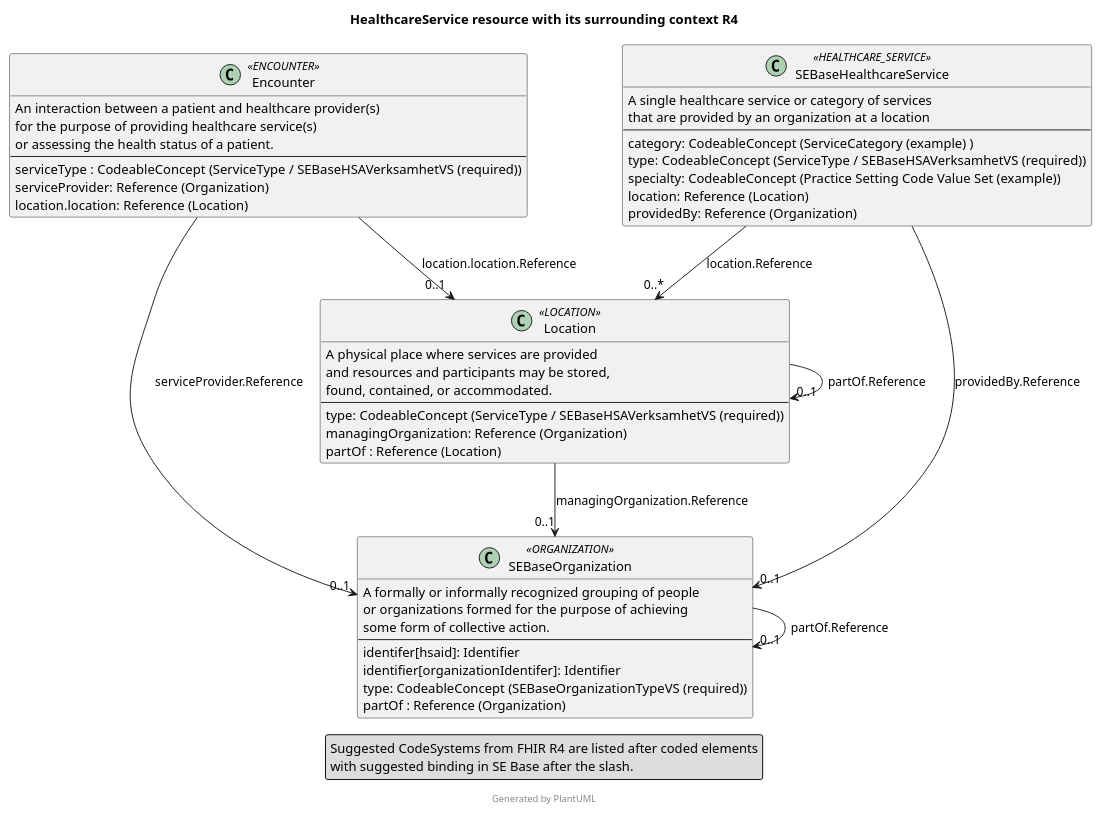
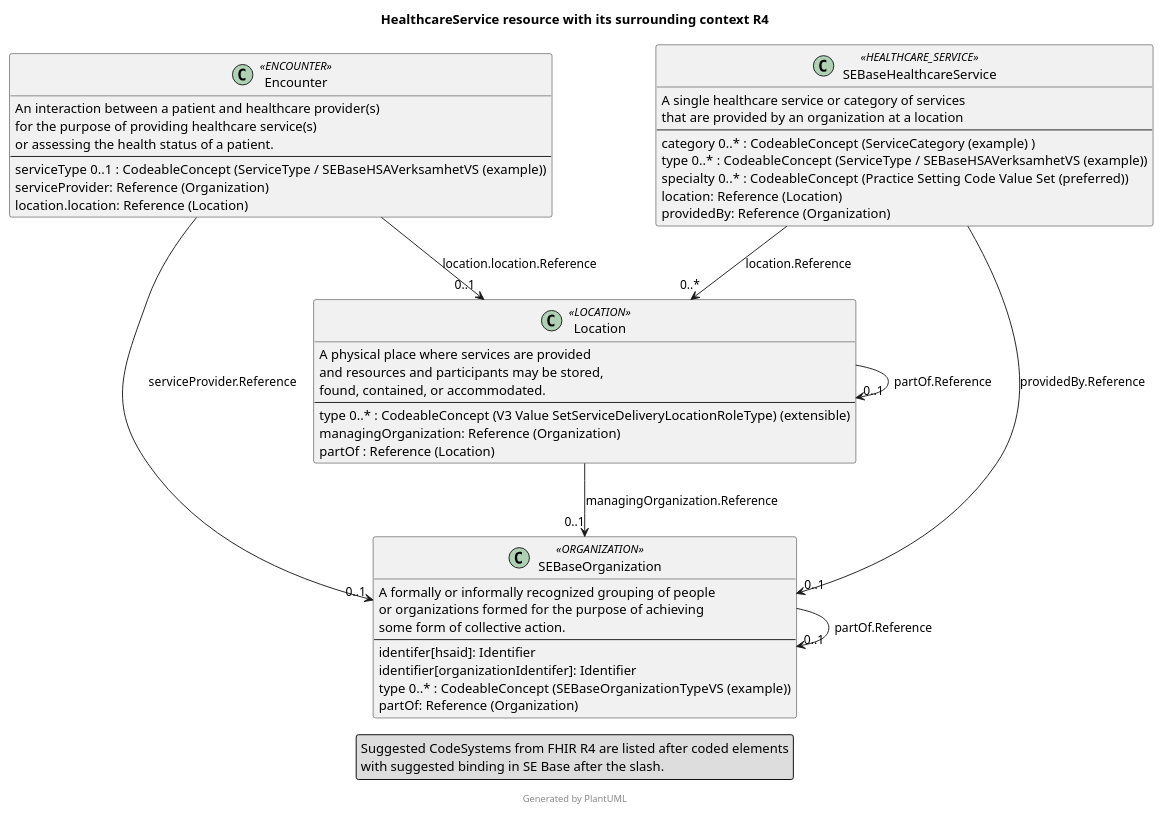
Before and after one commit to HL7Sweden/basprofiler-r4: the diagram in input/images-source/SEBaseHealthcareService.plantuml, drawn with PlantUML.

Commit message:
uppdaterad puml

```diff
--- a/input/images-source/SEBaseHealthcareService.plantuml
+++ b/input/images-source/SEBaseHealthcareService.plantuml
@@ -1,64 +1,65 @@
 @startuml 
 title "HealthcareService resource with its surrounding context R4"
 skinparam classAttributeIconSize 0
 skinparam roundcorner 5
 
 class "Encounter" as Enc <<ENCOUNTER>> {
     An interaction between a patient and healthcare provider(s)
     for the purpose of providing healthcare service(s)
     or assessing the health status of a patient.
     ---
-    serviceType : CodeableConcept (ServiceType / SEBaseHSAVerksamhetVS (required))
+    serviceType 0..1 : CodeableConcept (ServiceType / SEBaseHSAVerksamhetVS (example))
     serviceProvider: Reference (Organization)
     location.location: Reference (Location)
 }
 
 
 class "SEBaseOrganization" as Org <<ORGANIZATION>> {
     A formally or informally recognized grouping of people
     or organizations formed for the purpose of achieving 
     some form of collective action.
     ---
     identifer[hsaid]: Identifier 
     identifier[organizationIdentifer]: Identifier
-    type: CodeableConcept (SEBaseOrganizationTypeVS (required)) 
-    partOf : Reference (Organization)
+    type 0..* : CodeableConcept (SEBaseOrganizationTypeVS (example)) 
+    partOf: Reference (Organization)
 }
 
 class "SEBaseHealthcareService" as HSvc <<HEALTHCARE_SERVICE>> {
     A single healthcare service or category of services
     that are provided by an organization at a location
     ---
-    category: CodeableConcept (ServiceCategory (example) )
-    type: CodeableConcept (ServiceType / SEBaseHSAVerksamhetVS (required))
-    specialty: CodeableConcept (Practice Setting Code Value Set (example)) 
+    category 0..* : CodeableConcept (ServiceCategory (example) )
+    type 0..* : CodeableConcept (ServiceType / SEBaseHSAVerksamhetVS (example))
+    specialty 0..* : CodeableConcept (Practice Setting Code Value Set (preferred)) 
     location: Reference (Location)
     providedBy: Reference (Organization)
 }
 
 class "Location" as Loc <<LOCATION>> {
     A physical place where services are provided 
     and resources and participants may be stored, 
     found, contained, or accommodated.
     ---
-    type: CodeableConcept (ServiceType / SEBaseHSAVerksamhetVS (required))
+    type 0..* : CodeableConcept (V3 Value SetServiceDeliveryLocationRoleType) (extensible)
     managingOrganization: Reference (Organization)
     partOf : Reference (Location)
 }
 
 
 Enc --> "0..1" Org : "serviceProvider.Reference"
 HSvc --> "0..1" Org : "providedBy.Reference"
 Org --> "0..1" Org : "partOf.Reference"
 HSvc --> "0..*" Loc : "location.Reference"
 Enc --> "0..1" Loc : "location.location.Reference"
 Loc --> "0..1" Org : "managingOrganization.Reference"
 Loc --> "0..1" Loc : "partOf.Reference"
+
 footer Generated by PlantUML
 
 legend
   Suggested CodeSystems from FHIR R4 are listed after coded elements
   with suggested binding in SE Base after the slash.
 end legend
 
 @enduml
```
